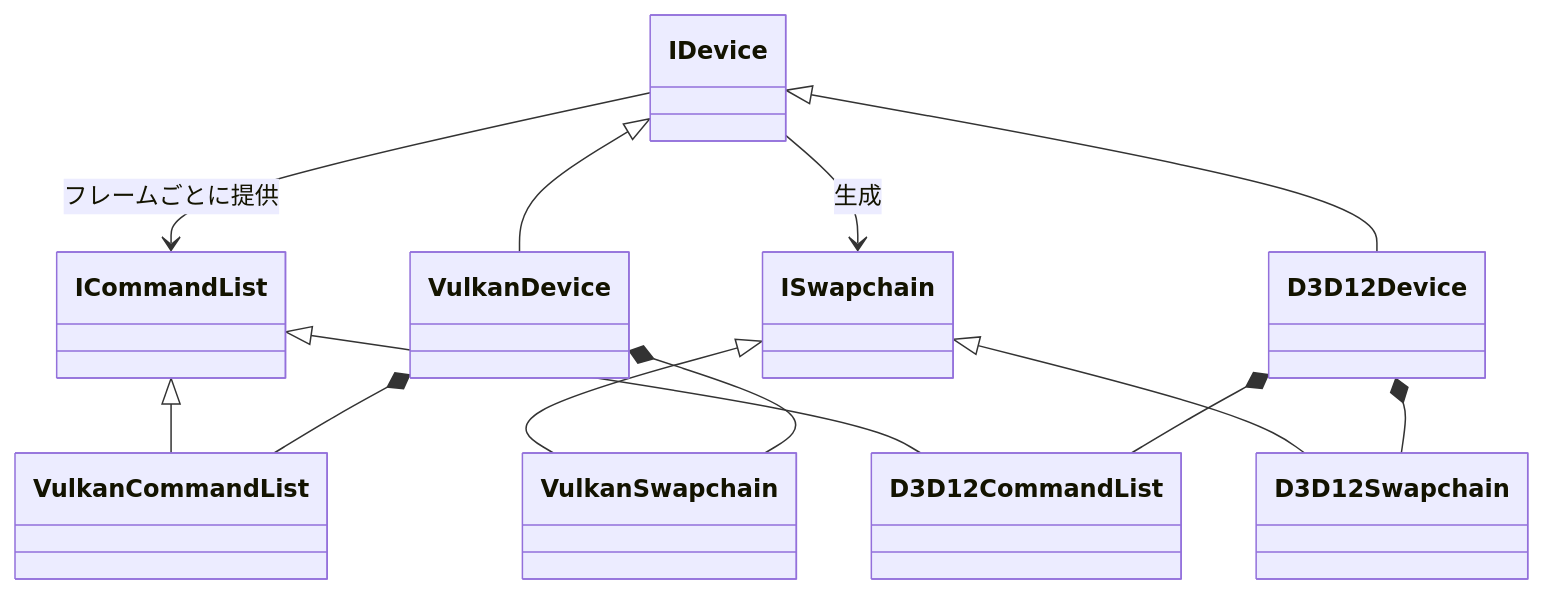
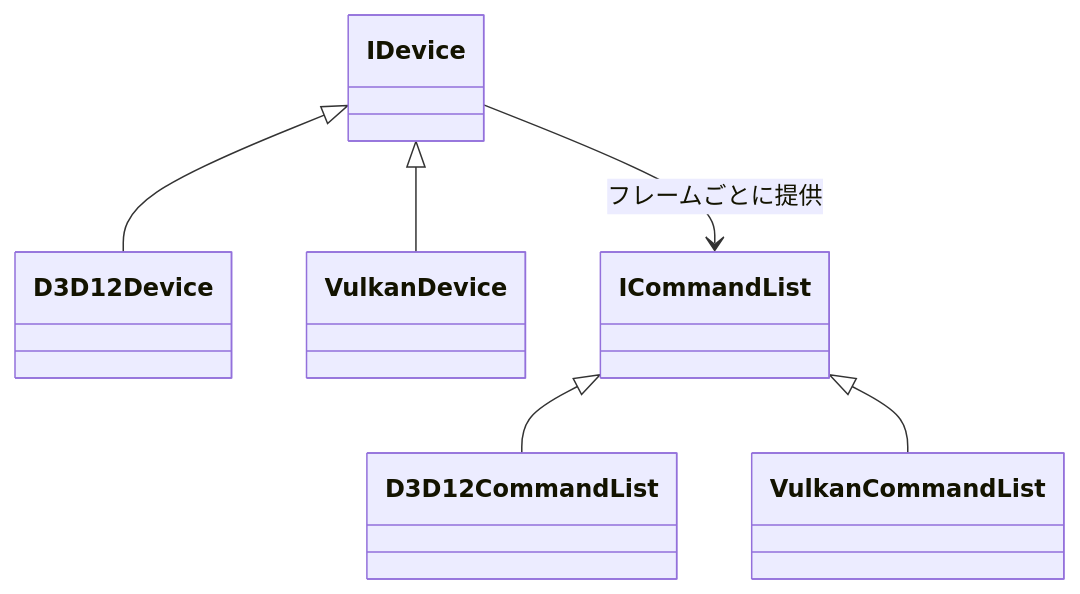
One commit to Nerunell11/Nerunell11.github.io changed the third of 3 diagrams in src/content/works/nexus.md. Above: the diagram before and after it, drawn with Mermaid. The commit also changed other lines of this file and 2 other files, not shown here.

Commit message:
図をスクロールなしで枠に収める
- 枠より大きい図は枠の幅まで縮めて表示する。クラス図は Mermaid が本来の
  幅をインラインで指定するので、描画後に上書きする
- クラス図で Mermaid の計算した外枠が小さく下が切れていたため、実際に
  描かれた範囲から外枠を取り直す
- 縮めても文字が読めるよう、横に広い図を描き直した
  - Nexus の RHI: クラスを9個から5個に絞り、線の交差をなくした
  - Nexus の1フレームの流れ: シーケンス図を縦のフローチャートにした
  - AssetConverter のアニメーションプレビュー: 登場するものを
    UI スレッドとバックグラウンドの2つに絞った

````diff
--- a/src/content/works/nexus.md
+++ b/src/content/works/nexus.md
@@ -123,25 +110,9 @@
 ```mermaid
 classDiagram
-direction TB
-class IDevice
-class ICommandList
-class ISwapchain
-class VulkanDevice
-class VulkanCommandList
-class VulkanSwapchain
-class D3D12Device
-class D3D12CommandList
-class D3D12Swapchain
-IDevice <|-- VulkanDevice
-IDevice <|-- D3D12Device
-ICommandList <|-- VulkanCommandList
-ICommandList <|-- D3D12CommandList
-ISwapchain <|-- VulkanSwapchain
-ISwapchain <|-- D3D12Swapchain
-VulkanDevice *-- VulkanCommandList
-VulkanDevice *-- VulkanSwapchain
-D3D12Device *-- D3D12CommandList
-D3D12Device *-- D3D12Swapchain
-IDevice --> ICommandList : フレームごとに提供
-IDevice --> ISwapchain : 生成
+    direction TB
+    IDevice <|-- D3D12Device
+    IDevice <|-- VulkanDevice
+    IDevice --> ICommandList : フレームごとに提供
+    ICommandList <|-- D3D12CommandList
+    ICommandList <|-- VulkanCommandList
 ```
````
